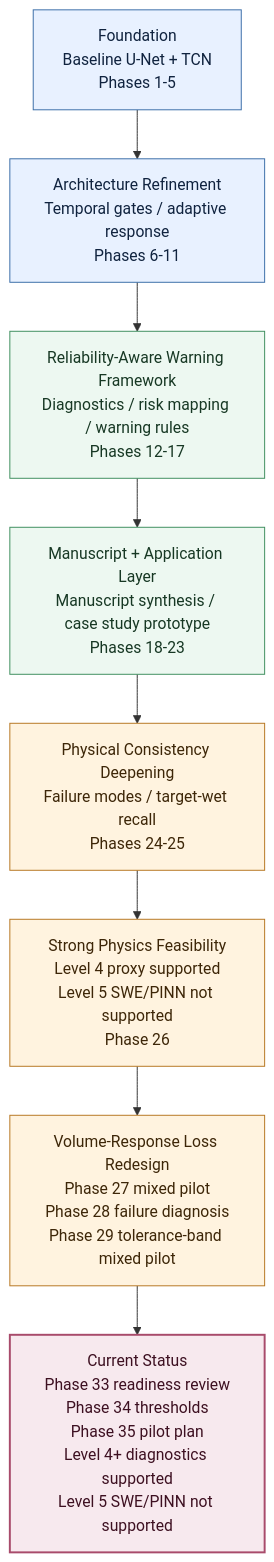
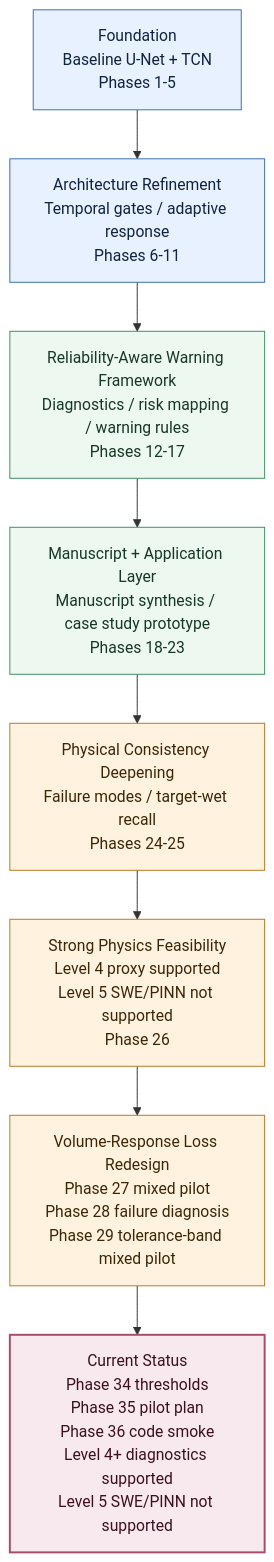
Before and after one commit to HolyLin990604/physics-guided-urban-flood-prediction: the second of 3 diagrams in README.md, drawn with Mermaid. The commit also changed other lines of this file and 2 other files, not shown here.

Commit message:
docs: sync phase36 manhole false-dry smoke status

````diff
--- a/README.md
+++ b/README.md
@@ -28,18 +28,18 @@
 ```mermaid
 flowchart TB
     A["Foundation<br/>Baseline U-Net + TCN<br/>Phases 1-5"]:::foundation
     B["Architecture Refinement<br/>Temporal gates / adaptive response<br/>Phases 6-11"]:::foundation
     C["Reliability-Aware Warning Framework<br/>Diagnostics / risk mapping / warning rules<br/>Phases 12-17"]:::reliability
     D["Manuscript + Application Layer<br/>Manuscript synthesis / case study prototype<br/>Phases 18-23"]:::reliability
     E["Physical Consistency Deepening<br/>Failure modes / target-wet recall<br/>Phases 24-25"]:::physics
     F["Strong Physics Feasibility<br/>Level 4 proxy supported<br/>Level 5 SWE/PINN not supported<br/>Phase 26"]:::physics
     G["Volume-Response Loss Redesign<br/>Phase 27 mixed pilot<br/>Phase 28 failure diagnosis<br/>Phase 29 tolerance-band mixed pilot"]:::physics
-    H["Current Status<br/>Phase 33 readiness review<br/>Phase 34 thresholds<br/>Phase 35 pilot plan<br/>Level 4+ diagnostics supported<br/>Level 5 SWE/PINN not supported"]:::current
+    H["Current Status<br/>Phase 34 thresholds<br/>Phase 35 pilot plan<br/>Phase 36 code smoke<br/>Level 4+ diagnostics supported<br/>Level 5 SWE/PINN not supported"]:::current
 
     A --> B --> C --> D --> E --> F --> G --> H
 
     classDef foundation fill:#e8f1ff,stroke:#3b6ea8,stroke-width:1px,color:#10233f
     classDef reliability fill:#edf8f1,stroke:#3f8f5f,stroke-width:1px,color:#173824
     classDef physics fill:#fff3df,stroke:#b77722,stroke-width:1px,color:#3d2608
     classDef current fill:#f7e9ee,stroke:#a84b6b,stroke-width:2px,color:#3d1021
 ```
````
